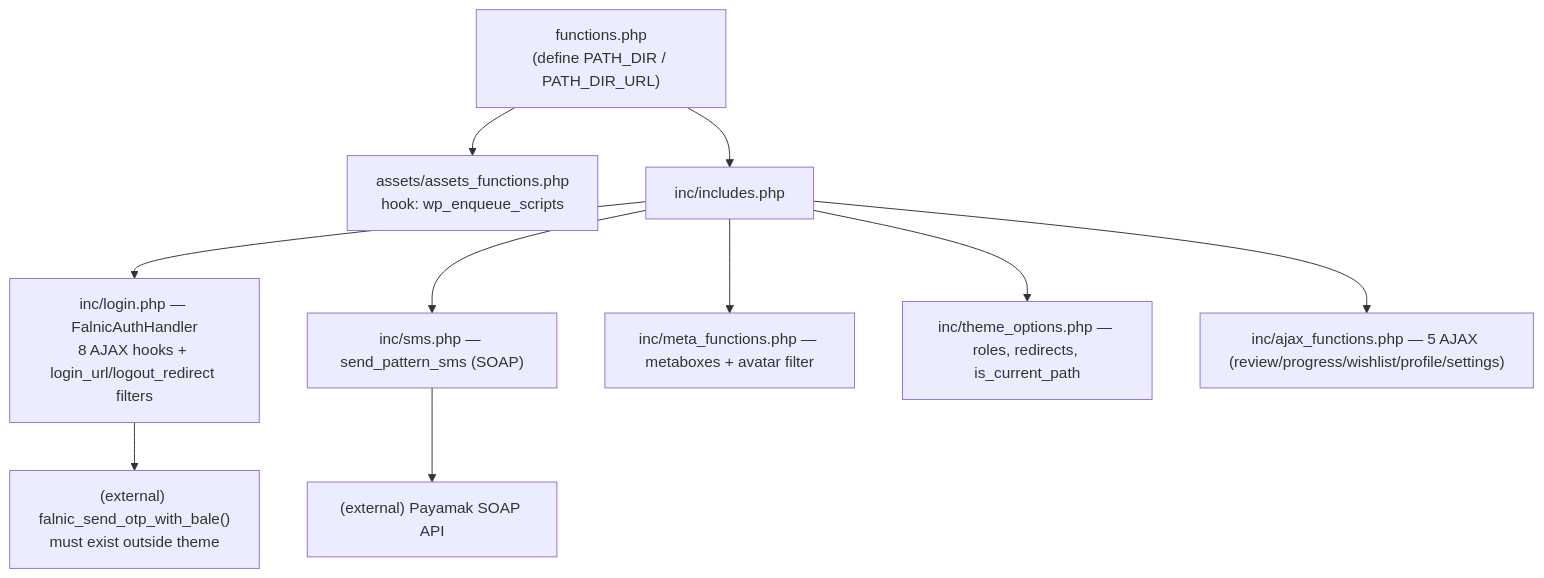
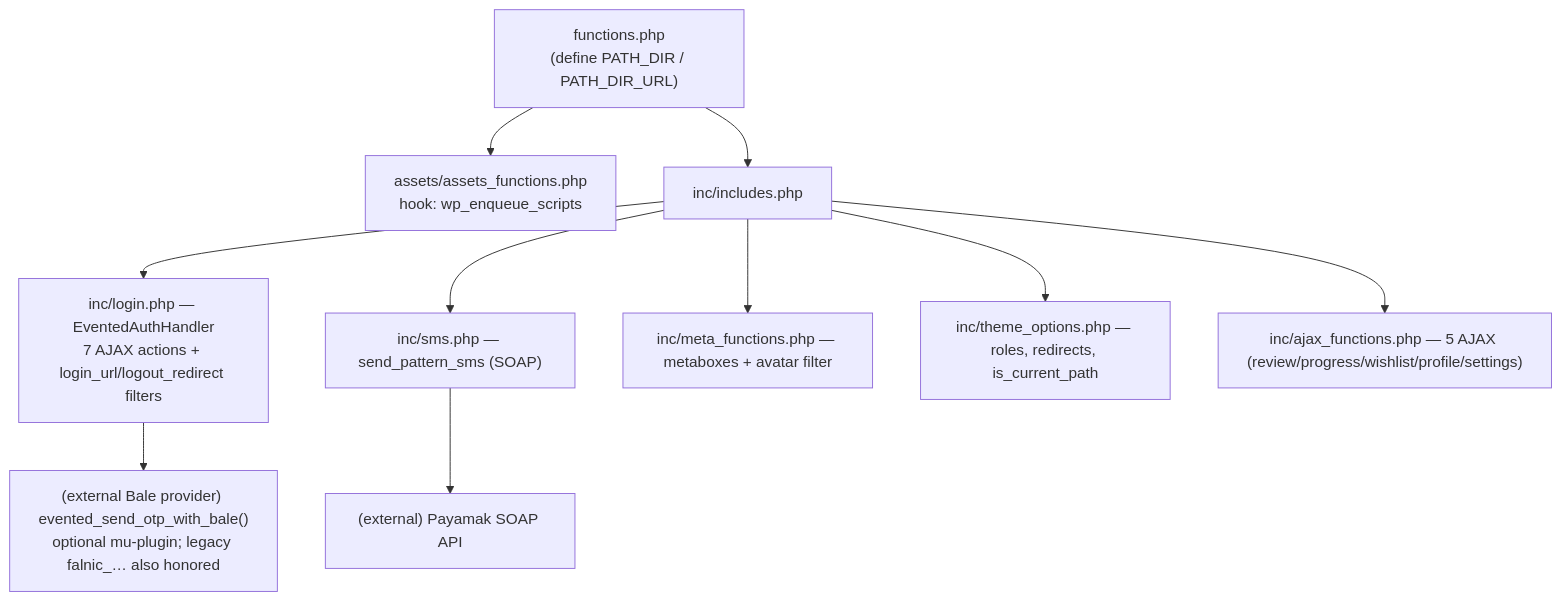
The first of 7 diagrams in ARCHITECTURE.md (ahmad75naraghi/learndash-theme), drawn with Mermaid before and after one commit. The commit also changed other lines of this file and 4 other files, not shown here.

````diff
--- a/ARCHITECTURE.md
+++ b/ARCHITECTURE.md
@@ -20,12 +20,12 @@
 ```mermaid
 flowchart TD
     A["functions.php<br/>(define PATH_DIR / PATH_DIR_URL)"] --> B["assets/assets_functions.php<br/>hook: wp_enqueue_scripts"]
     A --> C["inc/includes.php"]
-    C --> D["inc/login.php — FalnicAuthHandler<br/>8 AJAX hooks + login_url/logout_redirect filters"]
+    C --> D["inc/login.php — EventedAuthHandler<br/>7 AJAX actions + login_url/logout_redirect filters"]
     C --> E["inc/sms.php — send_pattern_sms (SOAP)"]
     C --> F["inc/meta_functions.php — metaboxes + avatar filter"]
     C --> G["inc/theme_options.php — roles, redirects, is_current_path"]
     C --> H["inc/ajax_functions.php — 5 AJAX (review/progress/wishlist/profile/settings)"]
-    D --> I["(external) falnic_send_otp_with_bale()<br/>must exist outside theme"]
+    D --> I["(external Bale provider) evented_send_otp_with_bale()<br/>optional mu-plugin; legacy falnic_… also honored"]
     E --> J["(external) Payamak SOAP API"]
 ```
````
